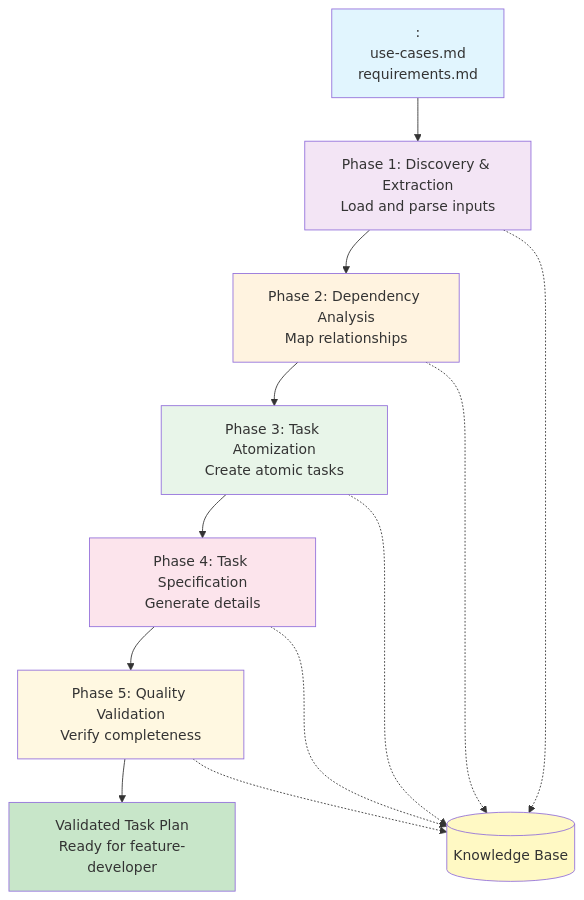
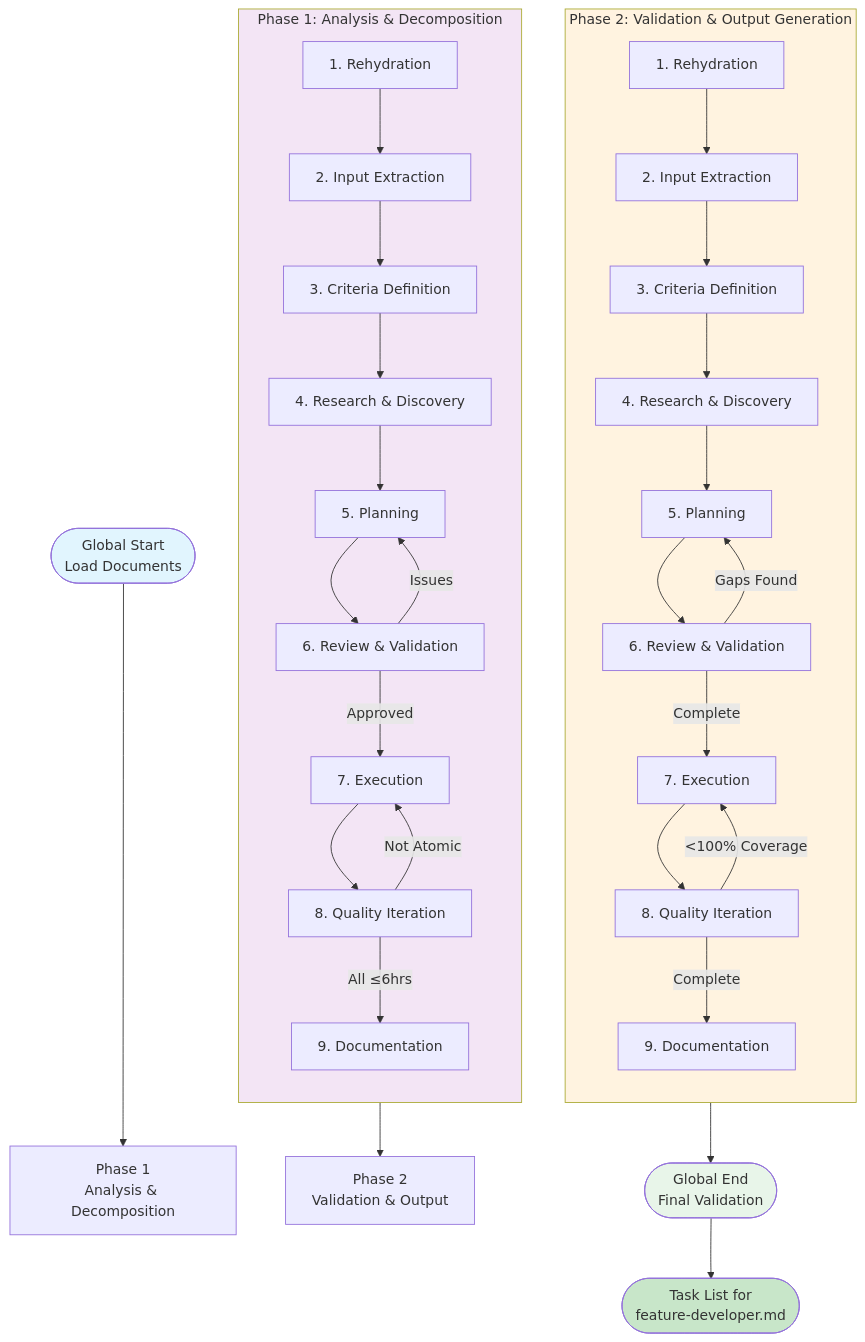
Before and after one commit to whichguy/claude-craft: the diagram in prompts/feature-task-creator.md, drawn with Mermaid. The commit also changed other lines of this file, not shown here.

First line of the commit message:
Refactor Feature Task Creator documentation for clarity and structure

````diff
--- a/prompts/feature-task-creator.md
+++ b/prompts/feature-task-creator.md
@@ -17,24 +98,43 @@
 ```mermaid
 flowchart TD
-    Start[<prompt-arguments>:<br/>use-cases.md<br/>requirements.md] --> P1[Phase 1: Discovery & Extraction<br/>Load and parse inputs]
-    P1 --> P2[Phase 2: Dependency Analysis<br/>Map relationships]
-    P2 --> P3[Phase 3: Task Atomization<br/>Create atomic tasks]
-    P3 --> P4[Phase 4: Task Specification<br/>Generate details]
-    P4 --> P5[Phase 5: Quality Validation<br/>Verify completeness]
-    P5 --> End[Validated Task Plan<br/>Ready for feature-developer]
-    
-    P1 -.-> K1[(Knowledge Base)]
-    P2 -.-> K1
-    P3 -.-> K1
-    P4 -.-> K1
-    P5 -.-> K1
-    
+    Start([Global Start<br/>Load Documents]) --> P1[Phase 1<br/>Analysis & Decomposition]
+
+    subgraph Phase1[Phase 1: Analysis & Decomposition]
+        direction TB
+        P1A[1. Rehydration] --> P1B[2. Input Extraction]
+        P1B --> P1C[3. Criteria Definition]
+        P1C --> P1D[4. Research & Discovery]
+        P1D --> P1E[5. Planning]
+        P1E --> P1F[6. Review & Validation]
+        P1F -->|Issues| P1E
+        P1F -->|Approved| P1G[7. Execution]
+        P1G --> P1H[8. Quality Iteration]
+        P1H -->|Not Atomic| P1G
+        P1H -->|All ≤6hrs| P1I[9. Documentation]
+    end
+
+    P1I --> P2[Phase 2<br/>Validation & Output]
+
+    subgraph Phase2[Phase 2: Validation & Output Generation]
+        direction TB
+        P2A[1. Rehydration] --> P2B[2. Input Extraction]
+        P2B --> P2C[3. Criteria Definition]
+        P2C --> P2D[4. Research & Discovery]
+        P2D --> P2E[5. Planning]
+        P2E --> P2F[6. Review & Validation]
+        P2F -->|Gaps Found| P2E
+        P2F -->|Complete| P2G[7. Execution]
+        P2G --> P2H[8. Quality Iteration]
+        P2H -->|<100% Coverage| P2G
+        P2H -->|Complete| P2I[9. Documentation]
+    end
+
+    P2I --> GlobalEnd([Global End<br/>Final Validation])
+    GlobalEnd --> Output([Task List for<br/>feature-developer.md])
+
     style Start fill:#e1f5fe
-    style End fill:#c8e6c9
-    style K1 fill:#fff9c4
-    style P1 fill:#f3e5f5
-    style P2 fill:#fff3e0
-    style P3 fill:#e8f5e9
-    style P4 fill:#fce4ec
-    style P5 fill:#fff8e1
+    style Phase1 fill:#f3e5f5
+    style Phase2 fill:#fff3e0
+    style GlobalEnd fill:#e8f5e9
+    style Output fill:#c8e6c9
 ```
````
